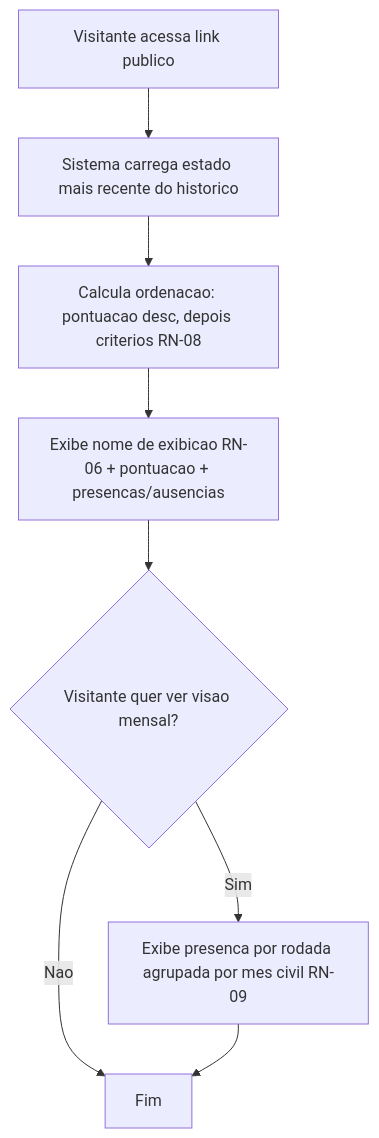
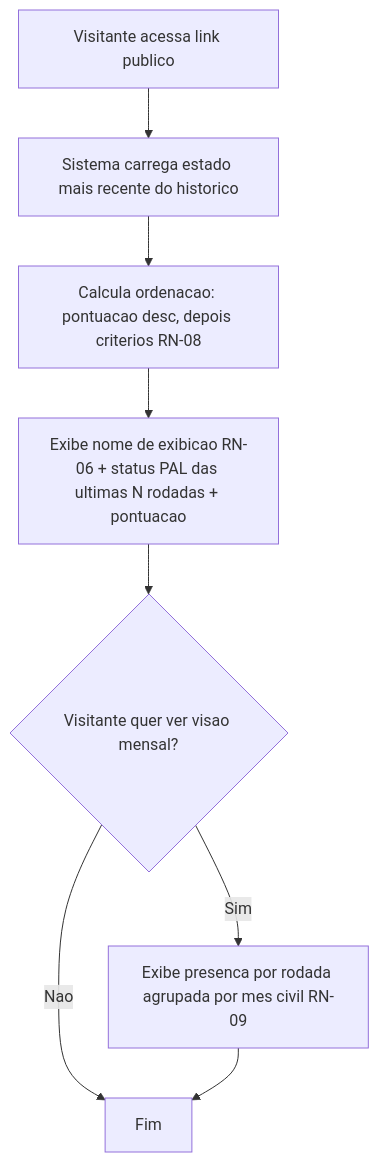
One commit to leandrosegheto17/FutebolApp changed the third of 9 diagrams in .md/PRD-TECNICO.md. Above: the diagram before and after it, drawn with Mermaid. The commit also changed other lines of this file and 72 other files, not shown here.

````diff
--- a/.md/PRD-TECNICO.md
+++ b/.md/PRD-TECNICO.md
@@ -283,10 +289,10 @@
 ```mermaid
 flowchart TD
     A[Visitante acessa link publico] --> B[Sistema carrega estado mais recente do historico]
     B --> C[Calcula ordenacao: pontuacao desc, depois criterios RN-08]
-    C --> D[Exibe nome de exibicao RN-06 + pontuacao + presencas/ausencias]
+    C --> D[Exibe nome de exibicao RN-06 + status PAL das ultimas N rodadas + pontuacao]
     D --> E{Visitante quer ver visao mensal?}
     E -- Sim --> F[Exibe presenca por rodada agrupada por mes civil RN-09]
     E -- Nao --> G[Fim]
     F --> G
 ```
````
